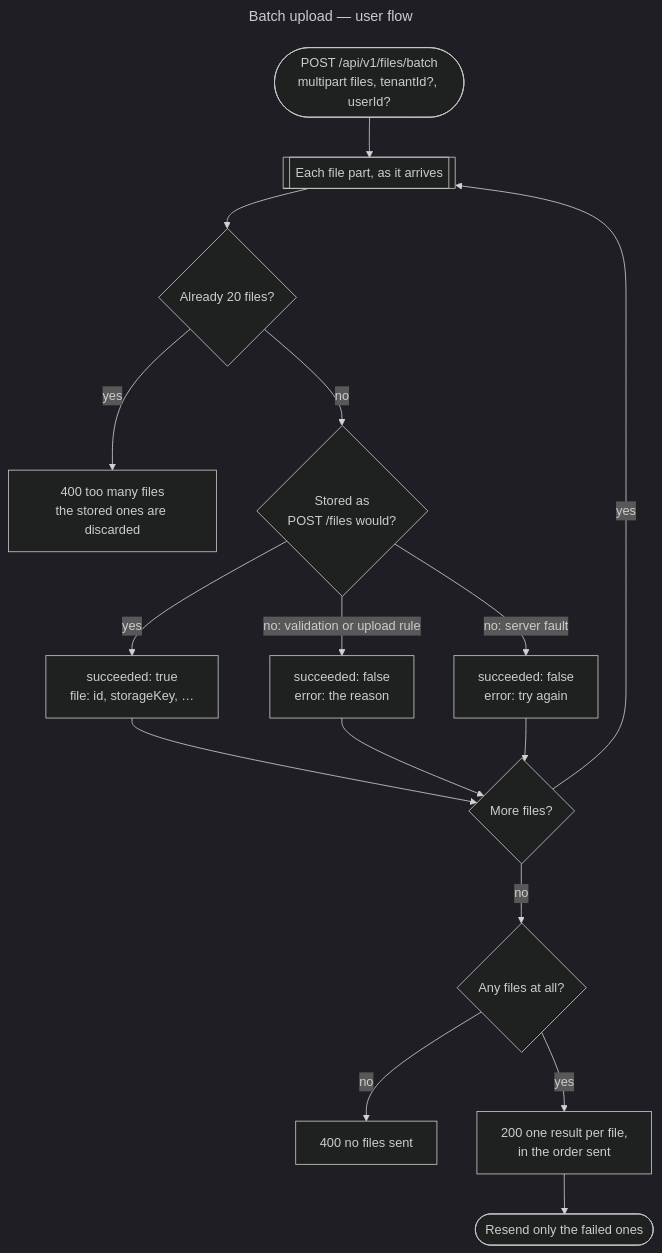
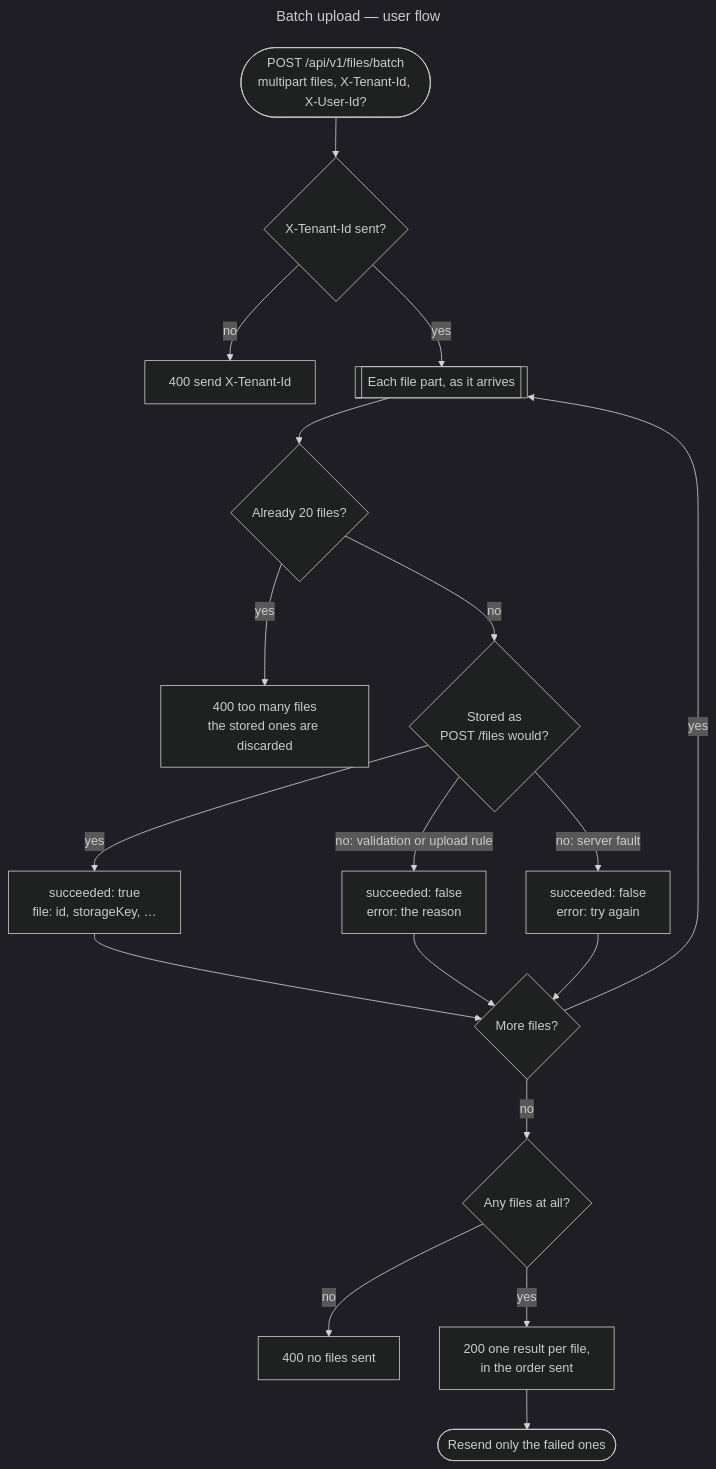
Before and after one commit to gmetskhvarishvili/GM.FileStorage.Samples: the fourth of 12 diagrams in docs/user-flows.md, drawn with Mermaid (dark theme). The commit also changed other lines of this file and 23 other files, not shown here.

````diff
--- a/docs/user-flows.md
+++ b/docs/user-flows.md
@@ -100,21 +105,23 @@
 ```mermaid
 ---
 title: Batch upload — user flow
 ---
 flowchart TD
-    start([POST /api/v1/files/batch<br/>multipart files, tenantId?, userId?]) --> each[[Each file part, as it arrives]]
+    start([POST /api/v1/files/batch<br/>multipart files, X-Tenant-Id, X-User-Id?]) --> tenant{X-Tenant-Id sent?}
+    tenant -- no --> t400[400 send X-Tenant-Id]
+    tenant -- yes --> each[[Each file part, as it arrives]]
     each --> limit{Already 20 files?}
     limit -- yes --> c400[400 too many files<br/>the stored ones are discarded]
     limit -- no --> one{Stored as<br/>POST /files would?}
     one -- yes --> okItem[succeeded: true<br/>file: id, storageKey, …]
     one -- "no: validation or upload rule" --> badItem[succeeded: false<br/>error: the reason]
     one -- "no: server fault" --> errItem[succeeded: false<br/>error: try again]
     okItem --> more{More files?}
     badItem --> more
     errItem --> more
     more -- yes --> each
     more -- no --> none{Any files at all?}
     none -- no --> e400[400 no files sent]
     none -- yes --> ok[200 one result per file,<br/>in the order sent]
     ok --> retry([Resend only the failed ones])
 ```
````
